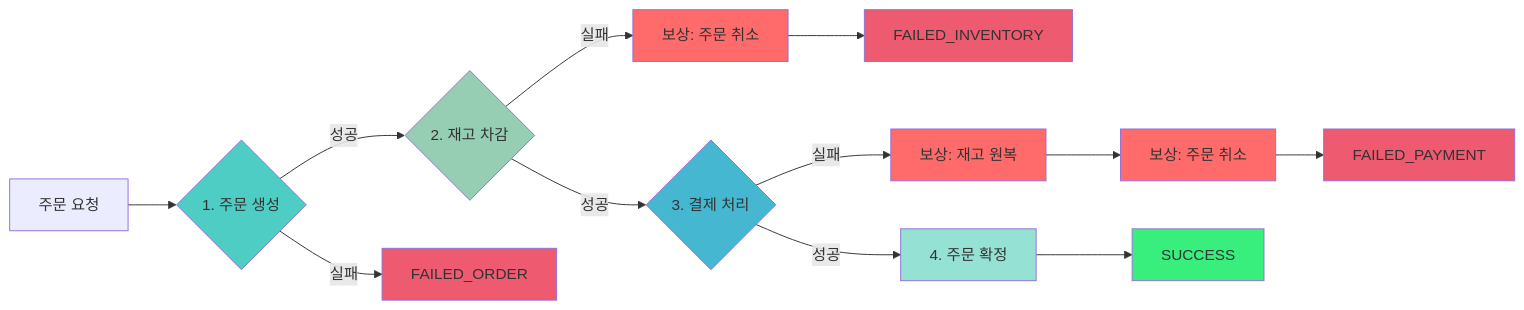
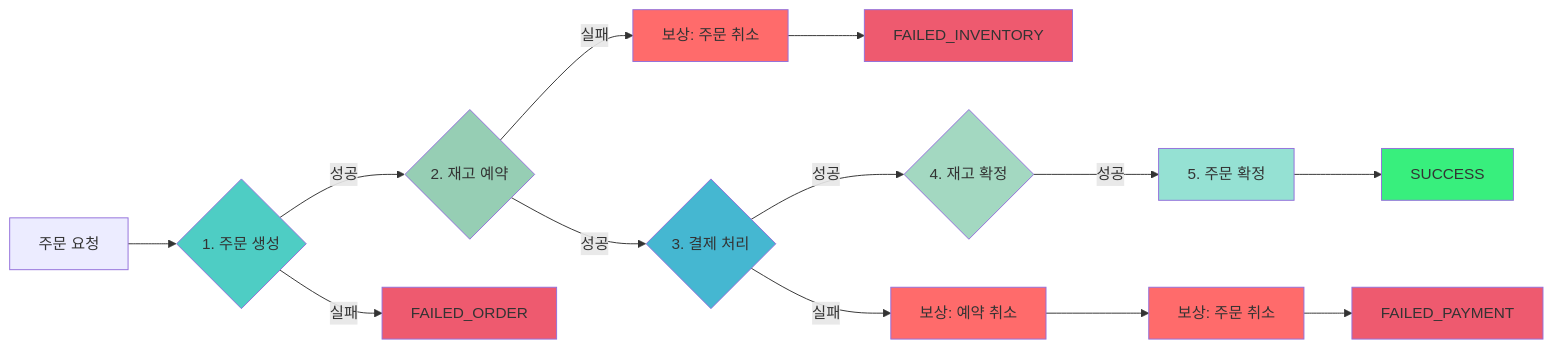
Before and after one commit to kimjunyoung90/saga-examples: the fourth of 4 diagrams in orchestration/README.md, drawn with Mermaid. The commit also changed other lines of this file and 13 other files, not shown here.

````diff
--- a/orchestration/README.md
+++ b/orchestration/README.md
@@ -212,29 +250,31 @@
 ```mermaid
 graph LR
     A[주문 요청] --> B{1. 주문 생성}
-    B -->|성공| C{2. 재고 차감}
+    B -->|성공| C{2. 재고 예약}
     B -->|실패| Z[FAILED_ORDER]
 
     C -->|성공| D{3. 결제 처리}
     C -->|실패| E[보상: 주문 취소]
     E --> Y[FAILED_INVENTORY]
 
-    D -->|성공| F[4. 주문 확정]
-    D -->|실패| G[보상: 재고 원복]
+    D -->|성공| F2{4. 재고 확정}
+    D -->|실패| G[보상: 예약 취소]
     G --> H[보상: 주문 취소]
     H --> X[FAILED_PAYMENT]
 
+    F2 -->|성공| F[5. 주문 확정]
     F --> W[SUCCESS]
 
     style B fill:#4ecdc4
     style C fill:#96ceb4
     style D fill:#45b7d1
+    style F2 fill:#a3d8c1
     style F fill:#95e1d3
     style E fill:#ff6b6b
     style G fill:#ff6b6b
     style H fill:#ff6b6b
     style W fill:#38ef7d
     style X fill:#ee5a6f
     style Y fill:#ee5a6f
     style Z fill:#ee5a6f
 ```
````
